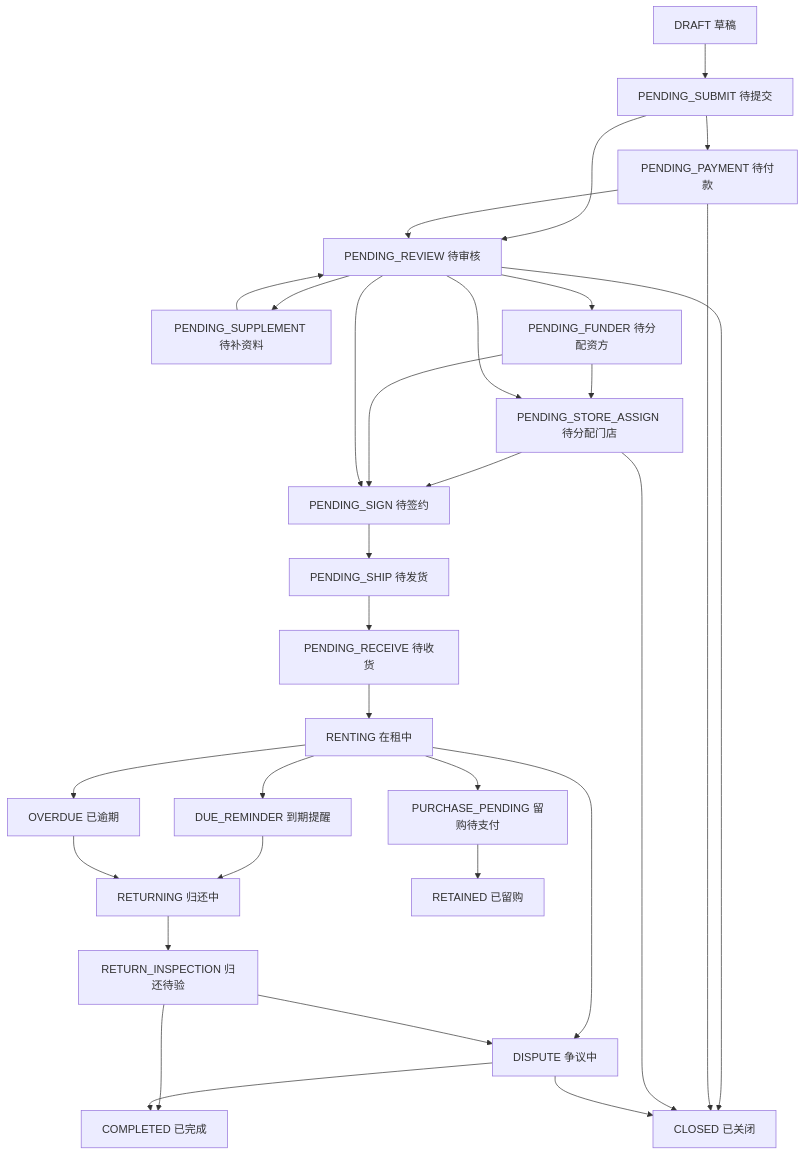
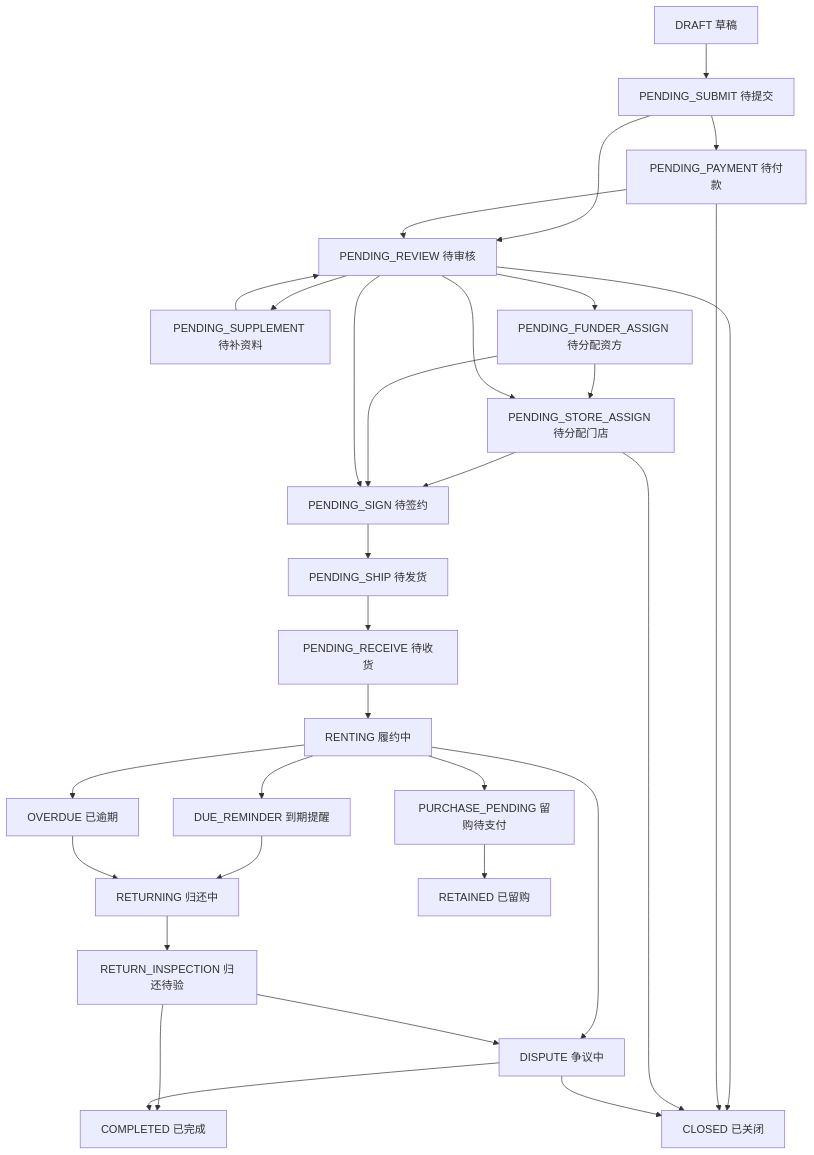
The first of 2 diagrams in PRD/V0.2/modules/全局/02_状态字典与订单状态机.md (joezjyan-bot/mandian-prd), drawn with Mermaid before and after one commit. The commit also changed other lines of this file and 1 other file, not shown here.

````diff
--- a/PRD/V0.2/modules/全局/02_状态字典与订单状态机.md
+++ b/PRD/V0.2/modules/全局/02_状态字典与订单状态机.md
@@ -121,33 +166,33 @@
 ```mermaid
 flowchart TD
     A["DRAFT 草稿"] --> B["PENDING_SUBMIT 待提交"]
     B --> C["PENDING_PAYMENT 待付款"]
     B --> D["PENDING_REVIEW 待审核"]
     C --> D
     D --> E["PENDING_SUPPLEMENT 待补资料"]
     E --> D
-    D --> F["PENDING_FUNDER 待分配资方"]
+    D --> F["PENDING_FUNDER_ASSIGN 待分配资方"]
     F --> SA["PENDING_STORE_ASSIGN 待分配门店"]
     D --> SA
     SA --> G["PENDING_SIGN 待签约"]
     F --> G
     D --> G
     G --> H["PENDING_SHIP 待发货"]
     H --> I["PENDING_RECEIVE 待收货"]
-    I --> J["RENTING 在租中"]
+    I --> J["RENTING 履约中"]
     J --> K["DUE_REMINDER 到期提醒"]
     J --> L["OVERDUE 已逾期"]
     K --> M["RETURNING 归还中"]
     L --> M
     M --> N["RETURN_INSPECTION 归还待验"]
     N --> O["COMPLETED 已完成"]
     J --> P["PURCHASE_PENDING 留购待支付"]
     P --> Q["RETAINED 已留购"]
     D --> R["CLOSED 已关闭"]
     C --> R
     SA --> R
     J --> S["DISPUTE 争议中"]
     N --> S
     S --> O
     S --> R
 ```
````
